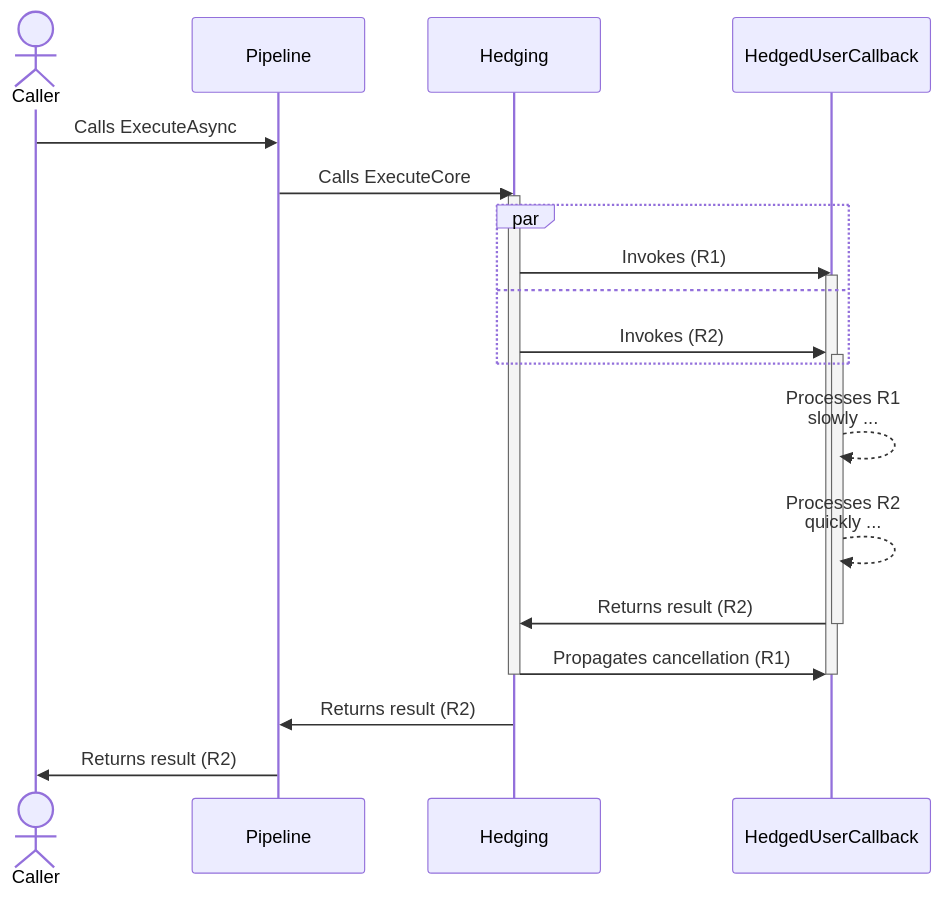
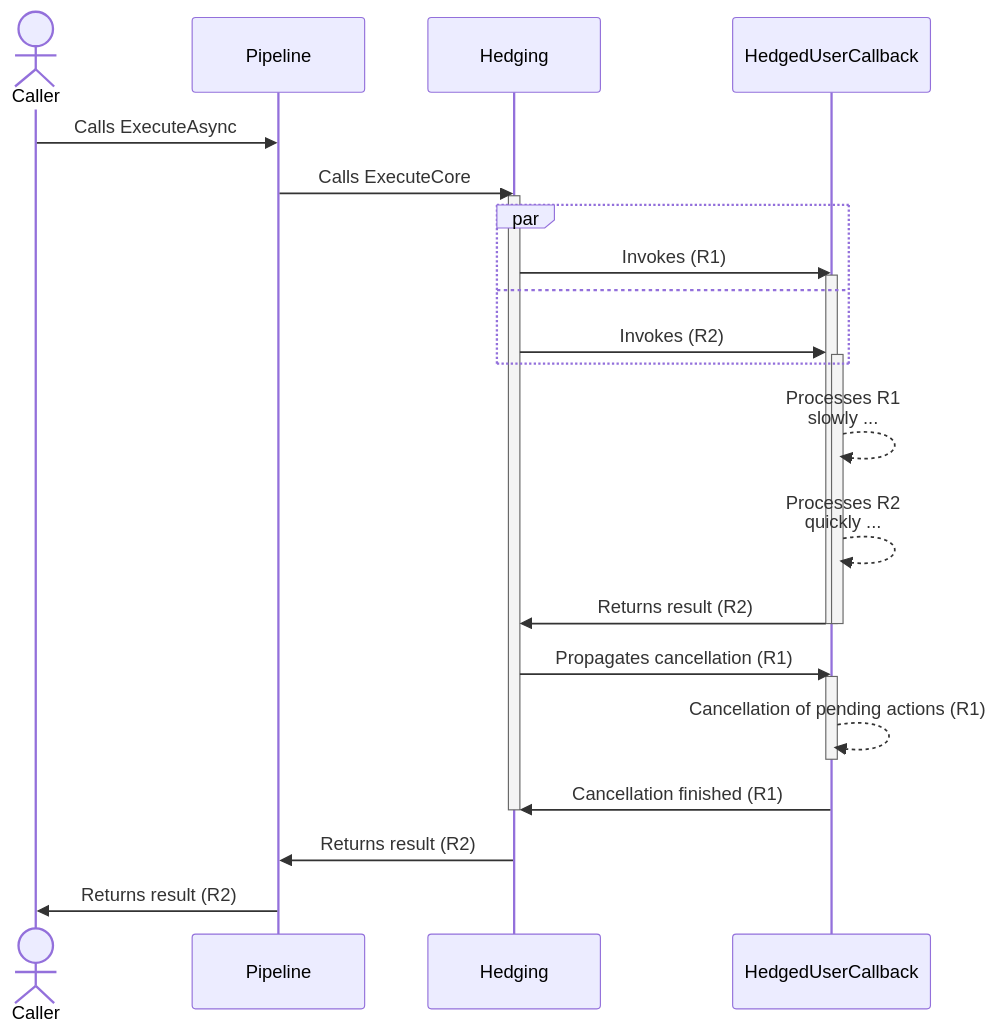
The fifth of 10 diagrams in docs/strategies/hedging.md (App-vNext/Polly), drawn with Mermaid before and after one commit. The commit also changed other lines of this file and 2 other files, not shown here.

Commit message:
[Docs] Improve diagrams for hedging cancellation (#1975)

````diff
--- a/docs/strategies/hedging.md
+++ b/docs/strategies/hedging.md
@@ -237,31 +246,36 @@
 ```mermaid
 sequenceDiagram
     actor C as Caller
     participant P as Pipeline
     participant H as Hedging
     participant HUC as HedgedUserCallback
 
     C->>P: Calls ExecuteAsync
     P->>H: Calls ExecuteCore
     activate H
 
     par
     H->>HUC: Invokes (R1)
     activate HUC
 
     and
     H->>+HUC: Invokes (R2)
 
     end
 
     HUC-->>HUC: Processes R1<br/> slowly ...
     HUC-->>HUC: Processes R2<br/> quickly ...
     HUC->>-H: Returns result (R2)
 
+    deactivate HUC
+
     H->>HUC: Propagates cancellation (R1)
+    activate HUC
+    HUC-->>HUC: Cancellation of pending actions (R1)
     deactivate HUC
+    HUC->>H: Cancellation finished (R1)
 
     deactivate H
     H->>P: Returns result (R2)
     P->>C: Returns result (R2)
 ```
````
